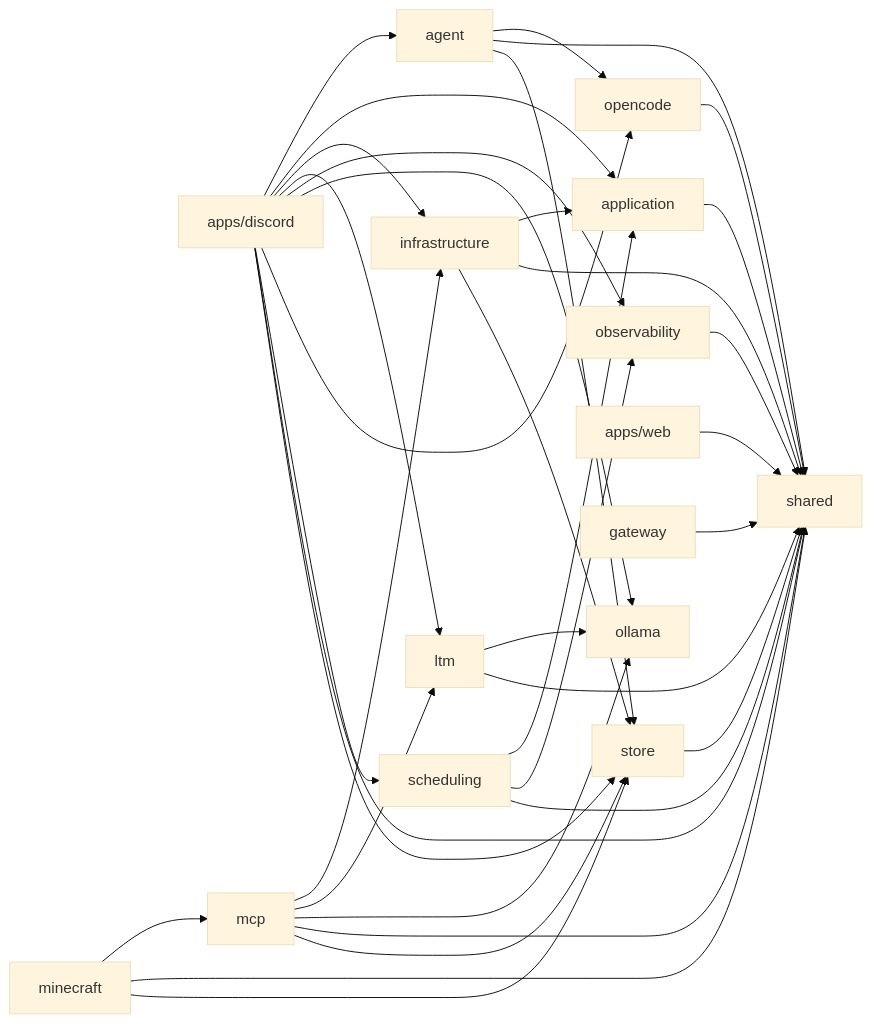
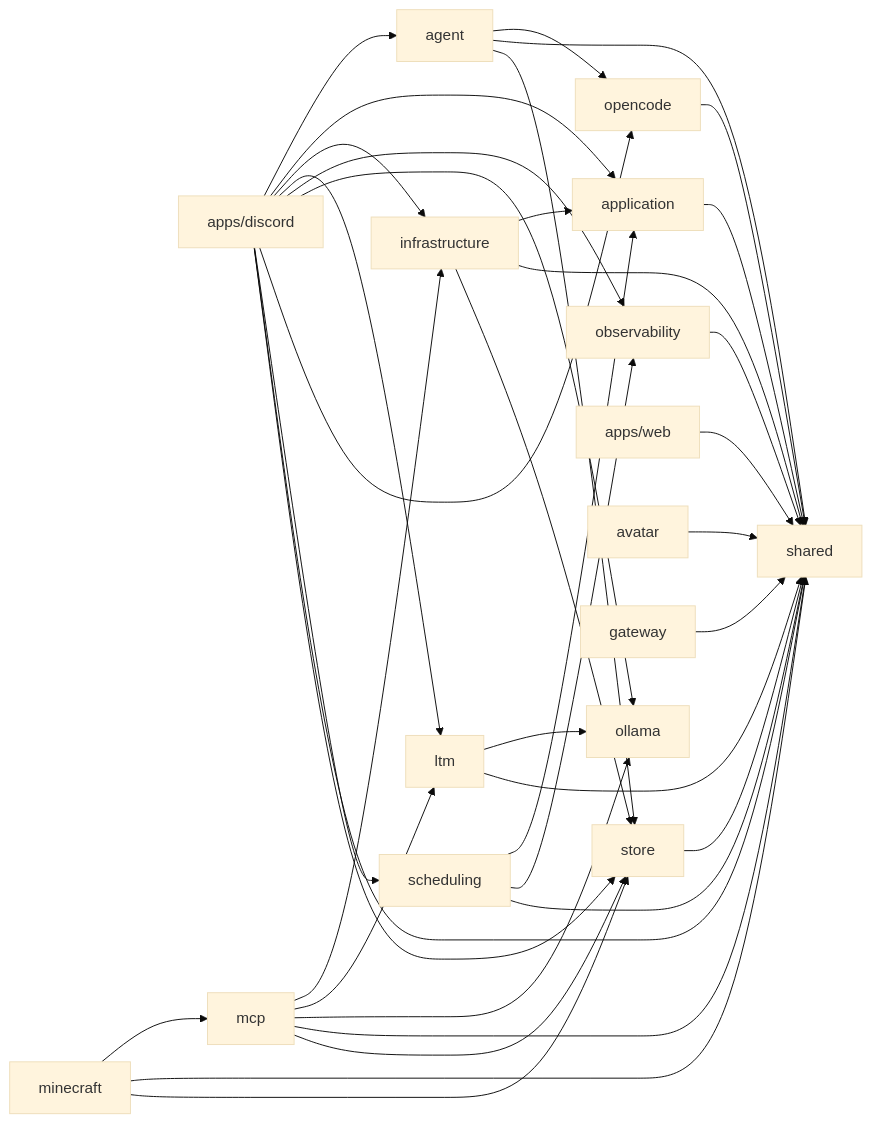
The diagram in docs/DEPS.md (OJII3/vicissitude), drawn with Mermaid (base theme) before and after one commit. The commit also changed other lines of this file and 6 other files, not shown here.

````diff
--- a/docs/DEPS.md
+++ b/docs/DEPS.md
@@ -7,40 +7,41 @@
 ```mermaid
 graph LR
   agent --> opencode
   agent --> shared
   agent --> store
   application --> shared
   apps_discord["apps/discord"] --> agent
   apps_discord["apps/discord"] --> application
   apps_discord["apps/discord"] --> infrastructure
   apps_discord["apps/discord"] --> ltm
   apps_discord["apps/discord"] --> observability
   apps_discord["apps/discord"] --> ollama
   apps_discord["apps/discord"] --> opencode
   apps_discord["apps/discord"] --> scheduling
   apps_discord["apps/discord"] --> shared
   apps_discord["apps/discord"] --> store
   apps_web["apps/web"] --> shared
+  avatar --> shared
   gateway --> shared
   infrastructure --> application
   infrastructure --> shared
   infrastructure --> store
   ltm --> ollama
   ltm --> shared
   mcp --> infrastructure
   mcp --> ltm
   mcp --> ollama
   mcp --> shared
   mcp --> store
   minecraft --> mcp
   minecraft --> shared
   minecraft --> store
   observability --> shared
   ollama
   opencode --> shared
   scheduling --> application
   scheduling --> observability
   scheduling --> shared
   shared
   store --> shared
 ```
````
